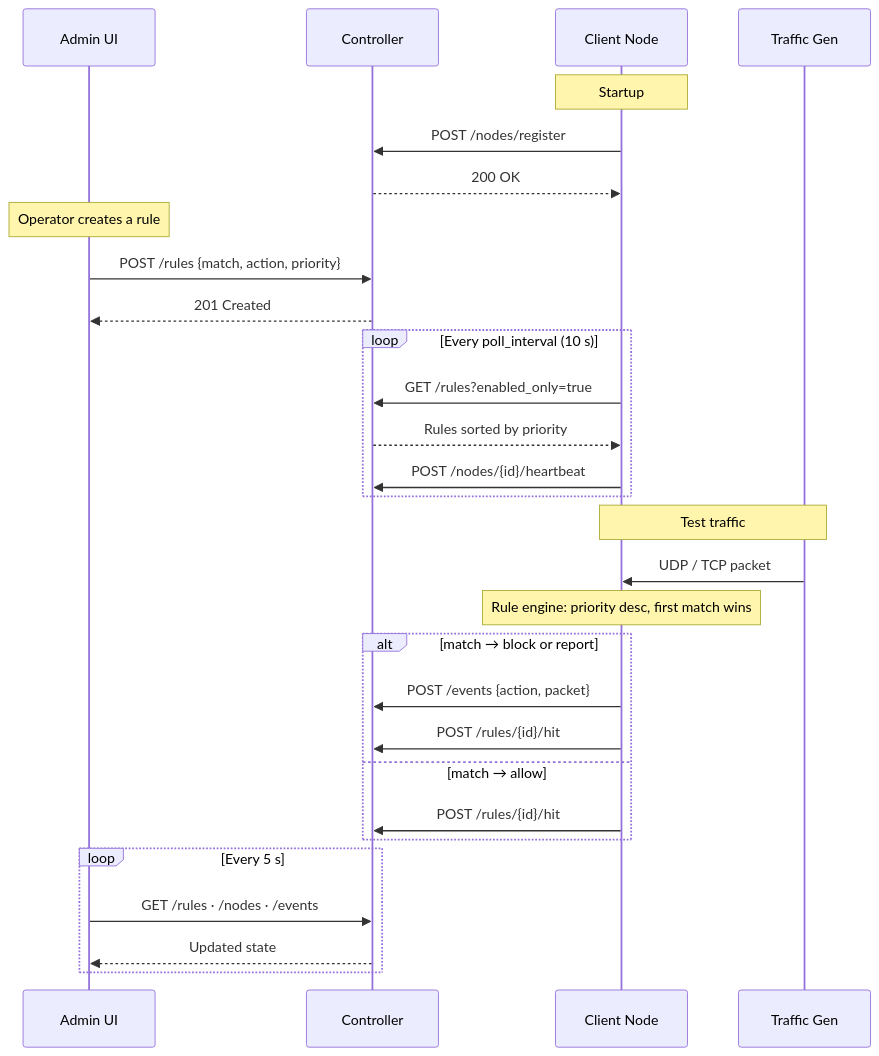
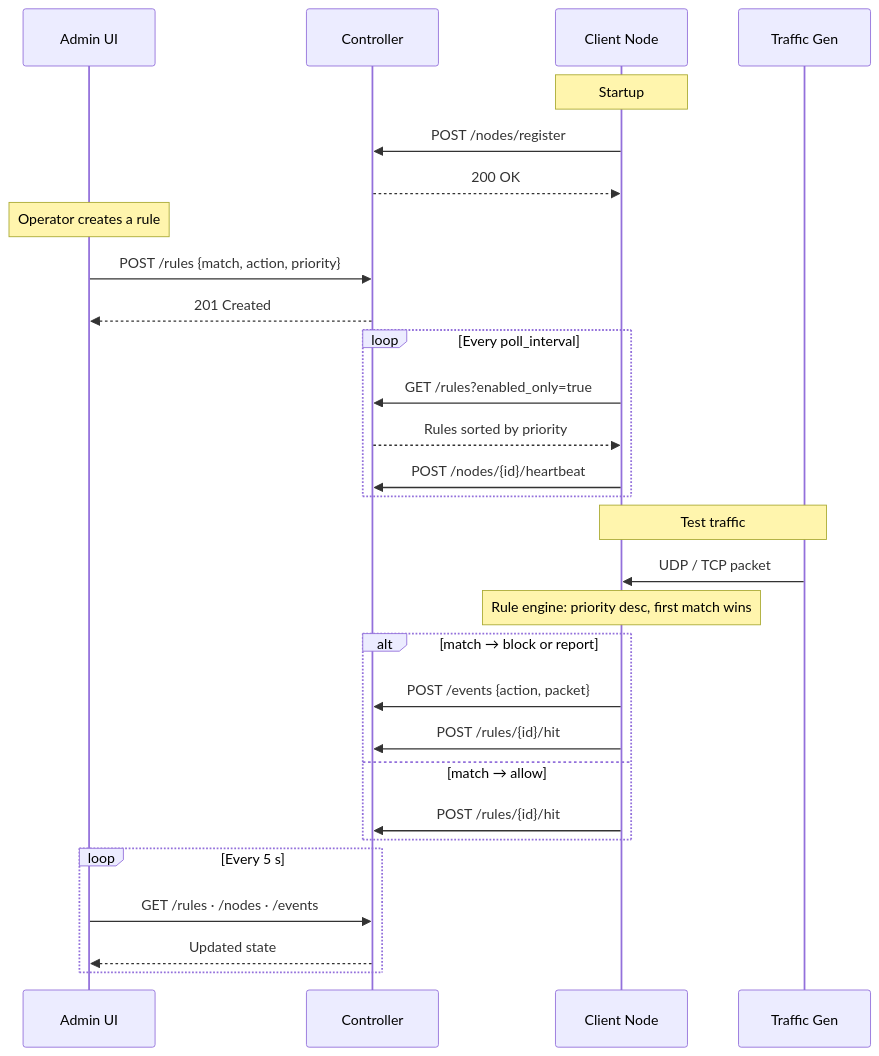
One commit to Santie-a/sdn-firewall changed the second of 2 diagrams in README.md. Above: the diagram before and after it, drawn with Mermaid. The commit also changed other lines of this file and 13 other files, not shown here.

````diff
--- a/README.md
+++ b/README.md
@@ -37,37 +37,37 @@
 ```mermaid
 sequenceDiagram
     participant UI as Admin UI
     participant CTRL as Controller
     participant N as Client Node
     participant G as Traffic Gen
 
     Note over N: Startup
     N->>CTRL: POST /nodes/register
     CTRL-->>N: 200 OK
 
     Note over UI: Operator creates a rule
     UI->>CTRL: POST /rules {match, action, priority}
     CTRL-->>UI: 201 Created
 
-    loop Every poll_interval (10 s)
+    loop Every poll_interval
         N->>CTRL: GET /rules?enabled_only=true
         CTRL-->>N: Rules sorted by priority
         N->>CTRL: POST /nodes/{id}/heartbeat
     end
 
     Note over G,N: Test traffic
     G->>N: UDP / TCP packet
 
     Note over N: Rule engine: priority desc, first match wins
     alt match → block or report
         N->>CTRL: POST /events {action, packet}
         N->>CTRL: POST /rules/{id}/hit
     else match → allow
         N->>CTRL: POST /rules/{id}/hit
     end
 
     loop Every 5 s
         UI->>CTRL: GET /rules · /nodes · /events
         CTRL-->>UI: Updated state
     end
 ```
````
